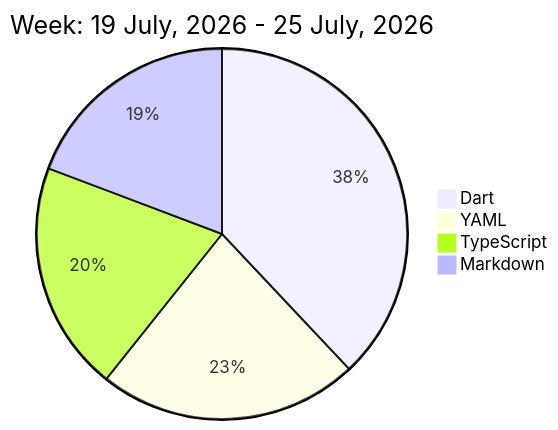
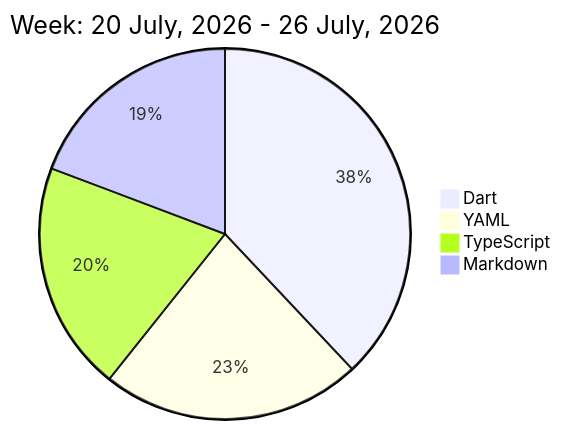
One commit to liubin95/liubin95 changed the diagram in README.md. Above: the diagram before and after it, drawn with Mermaid.

Commit message:
Updated the Graph with new Metrics

````diff
--- a/README.md
+++ b/README.md
@@ -32,8 +32,8 @@
 ```mermaid
  pie
-title Week: 19 July, 2026 - 25 July, 2026
+title Week: 20 July, 2026 - 26 July, 2026
  "Dart" : 7.3
  "YAML" : 4.37
  "TypeScript" : 3.85
  "Markdown" : 3.7
 ```
````
